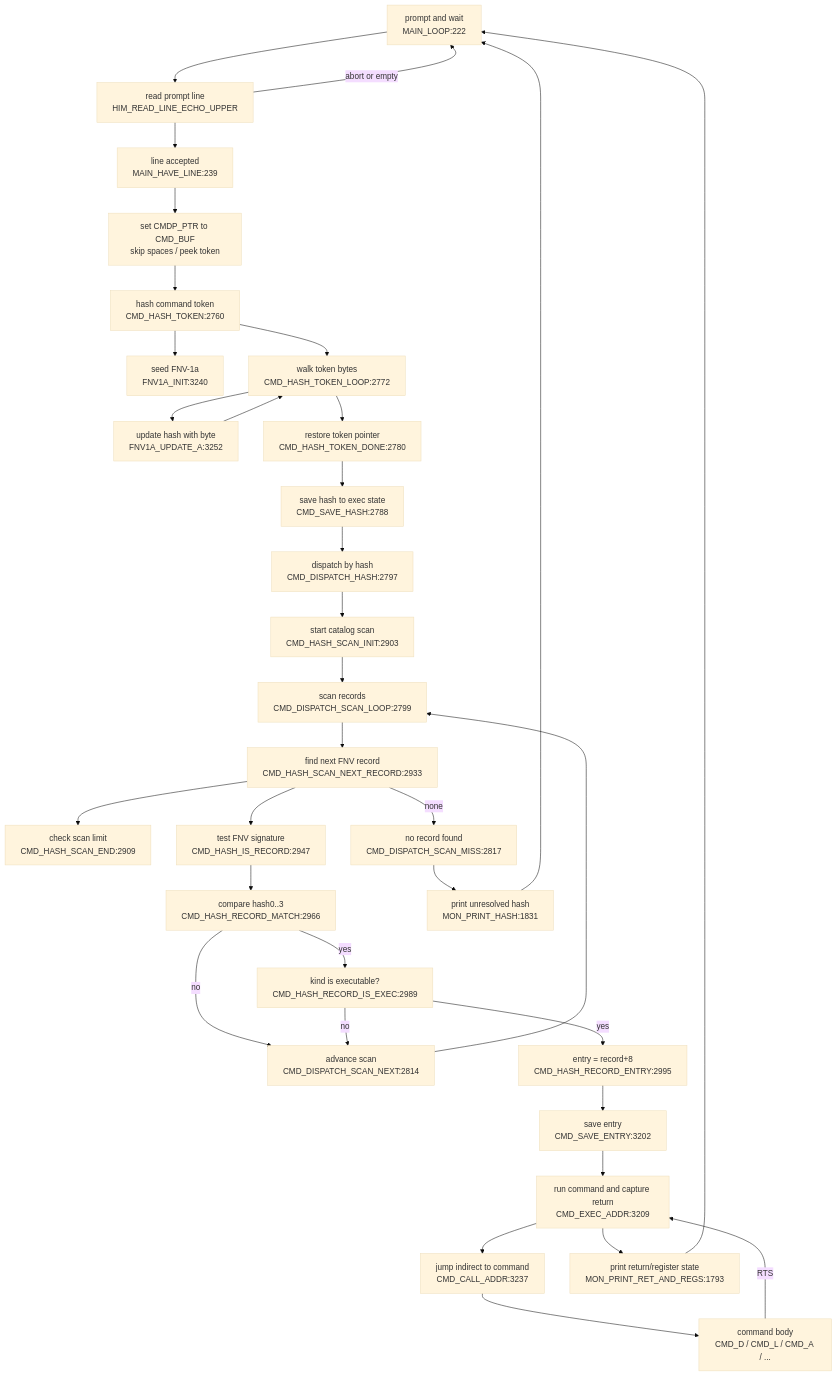
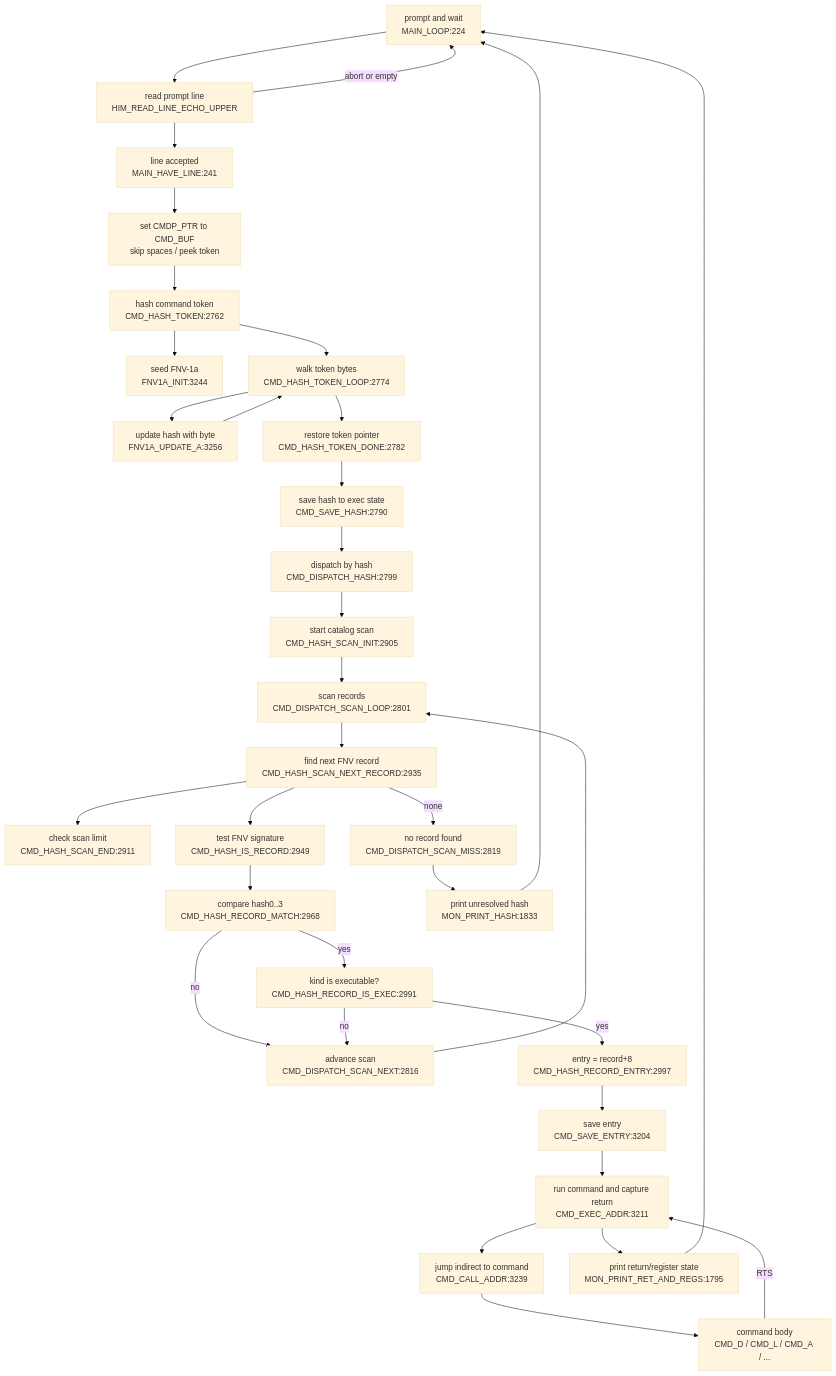
The diagram in DOC/GENERATED/CMD_FLOW_MAP.md (95westus/R-YORS), drawn with Mermaid (base theme) before and after one commit. The commit also changed other lines of this file and 18 other files, not shown here.

````diff
--- a/DOC/GENERATED/CMD_FLOW_MAP.md
+++ b/DOC/GENERATED/CMD_FLOW_MAP.md
@@ -10,36 +10,36 @@
 ```mermaid
 flowchart TD
-    LOOP["prompt and wait<br/>MAIN_LOOP:222"] --> READ["read prompt line<br/>HIM_READ_LINE_ECHO_UPPER"]
-    READ --> HAVE["line accepted<br/>MAIN_HAVE_LINE:239"]
+    LOOP["prompt and wait<br/>MAIN_LOOP:224"] --> READ["read prompt line<br/>HIM_READ_LINE_ECHO_UPPER"]
+    READ --> HAVE["line accepted<br/>MAIN_HAVE_LINE:241"]
     READ -->|abort or empty| LOOP
     HAVE --> PREP["set CMDP_PTR to CMD_BUF<br/>skip spaces / peek token"]
-    PREP --> HASH["hash command token<br/>CMD_HASH_TOKEN:2760"]
-    HASH --> FNVINIT["seed FNV-1a<br/>FNV1A_INIT:3240"]
-    HASH --> HASHLOOP["walk token bytes<br/>CMD_HASH_TOKEN_LOOP:2772"]
-    HASHLOOP --> UPDATE["update hash with byte<br/>FNV1A_UPDATE_A:3252"]
+    PREP --> HASH["hash command token<br/>CMD_HASH_TOKEN:2762"]
+    HASH --> FNVINIT["seed FNV-1a<br/>FNV1A_INIT:3244"]
+    HASH --> HASHLOOP["walk token bytes<br/>CMD_HASH_TOKEN_LOOP:2774"]
+    HASHLOOP --> UPDATE["update hash with byte<br/>FNV1A_UPDATE_A:3256"]
     UPDATE --> HASHLOOP
-    HASHLOOP --> DONE["restore token pointer<br/>CMD_HASH_TOKEN_DONE:2780"]
-    DONE --> SAVEHASH["save hash to exec state<br/>CMD_SAVE_HASH:2788"]
-    SAVEHASH --> DISPATCH["dispatch by hash<br/>CMD_DISPATCH_HASH:2797"]
-    DISPATCH --> SCANINIT["start catalog scan<br/>CMD_HASH_SCAN_INIT:2903"]
-    SCANINIT --> SCANLOOP["scan records<br/>CMD_DISPATCH_SCAN_LOOP:2799"]
-    SCANLOOP --> NEXTREC["find next FNV record<br/>CMD_HASH_SCAN_NEXT_RECORD:2933"]
-    NEXTREC --> ENDCHK["check scan limit<br/>CMD_HASH_SCAN_END:2909"]
-    NEXTREC --> ISREC["test FNV signature<br/>CMD_HASH_IS_RECORD:2947"]
-    NEXTREC -->|none| MISS["no record found<br/>CMD_DISPATCH_SCAN_MISS:2817"]
-    ISREC --> MATCH["compare hash0..3<br/>CMD_HASH_RECORD_MATCH:2966"]
-    MATCH -->|no| ADV["advance scan<br/>CMD_DISPATCH_SCAN_NEXT:2814"]
+    HASHLOOP --> DONE["restore token pointer<br/>CMD_HASH_TOKEN_DONE:2782"]
+    DONE --> SAVEHASH["save hash to exec state<br/>CMD_SAVE_HASH:2790"]
+    SAVEHASH --> DISPATCH["dispatch by hash<br/>CMD_DISPATCH_HASH:2799"]
+    DISPATCH --> SCANINIT["start catalog scan<br/>CMD_HASH_SCAN_INIT:2905"]
+    SCANINIT --> SCANLOOP["scan records<br/>CMD_DISPATCH_SCAN_LOOP:2801"]
+    SCANLOOP --> NEXTREC["find next FNV record<br/>CMD_HASH_SCAN_NEXT_RECORD:2935"]
+    NEXTREC --> ENDCHK["check scan limit<br/>CMD_HASH_SCAN_END:2911"]
+    NEXTREC --> ISREC["test FNV signature<br/>CMD_HASH_IS_RECORD:2949"]
+    NEXTREC -->|none| MISS["no record found<br/>CMD_DISPATCH_SCAN_MISS:2819"]
+    ISREC --> MATCH["compare hash0..3<br/>CMD_HASH_RECORD_MATCH:2968"]
+    MATCH -->|no| ADV["advance scan<br/>CMD_DISPATCH_SCAN_NEXT:2816"]
     ADV --> SCANLOOP
-    MATCH -->|yes| EXECOK["kind is executable?<br/>CMD_HASH_RECORD_IS_EXEC:2989"]
+    MATCH -->|yes| EXECOK["kind is executable?<br/>CMD_HASH_RECORD_IS_EXEC:2991"]
     EXECOK -->|no| ADV
-    EXECOK -->|yes| ENTRY["entry = record+8<br/>CMD_HASH_RECORD_ENTRY:2995"]
-    ENTRY --> SAVEENTRY["save entry<br/>CMD_SAVE_ENTRY:3202"]
-    SAVEENTRY --> RUN["run command and capture return<br/>CMD_EXEC_ADDR:3209"]
-    RUN --> CALL["jump indirect to command<br/>CMD_CALL_ADDR:3237"]
+    EXECOK -->|yes| ENTRY["entry = record+8<br/>CMD_HASH_RECORD_ENTRY:2997"]
+    ENTRY --> SAVEENTRY["save entry<br/>CMD_SAVE_ENTRY:3204"]
+    SAVEENTRY --> RUN["run command and capture return<br/>CMD_EXEC_ADDR:3211"]
+    RUN --> CALL["jump indirect to command<br/>CMD_CALL_ADDR:3239"]
     CALL --> BODY["command body<br/>CMD_D / CMD_L / CMD_A / ..."]
     BODY -->|RTS| RUN
-    RUN --> RETPRINT["print return/register state<br/>MON_PRINT_RET_AND_REGS:1793"]
+    RUN --> RETPRINT["print return/register state<br/>MON_PRINT_RET_AND_REGS:1795"]
     RETPRINT --> LOOP
-    MISS --> PRHASH["print unresolved hash<br/>MON_PRINT_HASH:1831"]
+    MISS --> PRHASH["print unresolved hash<br/>MON_PRINT_HASH:1833"]
     PRHASH --> LOOP
 ```
````
